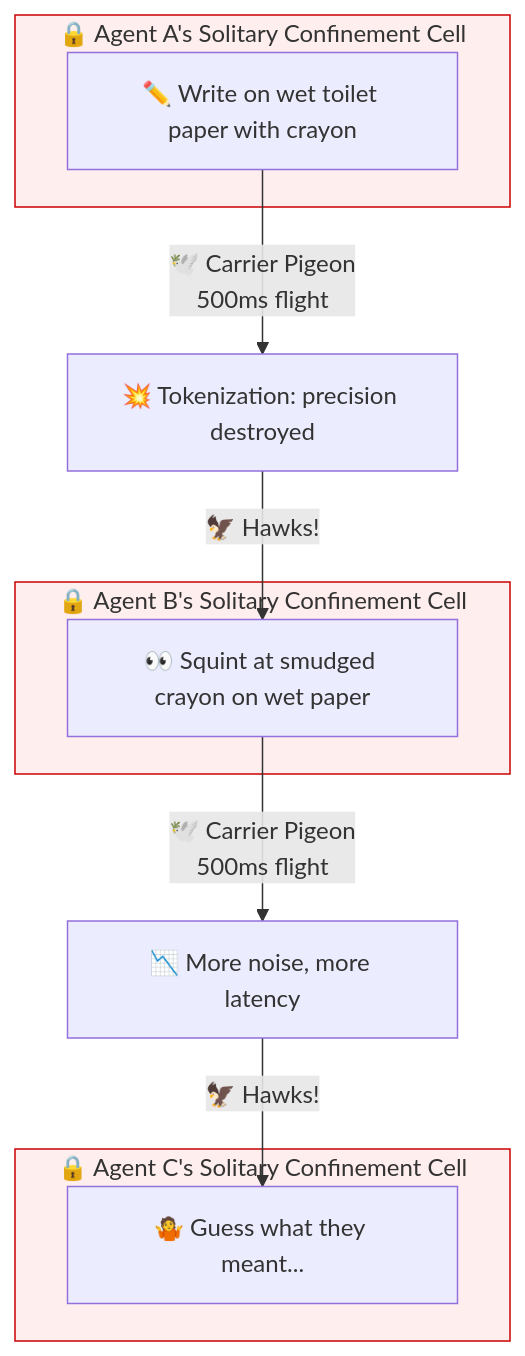
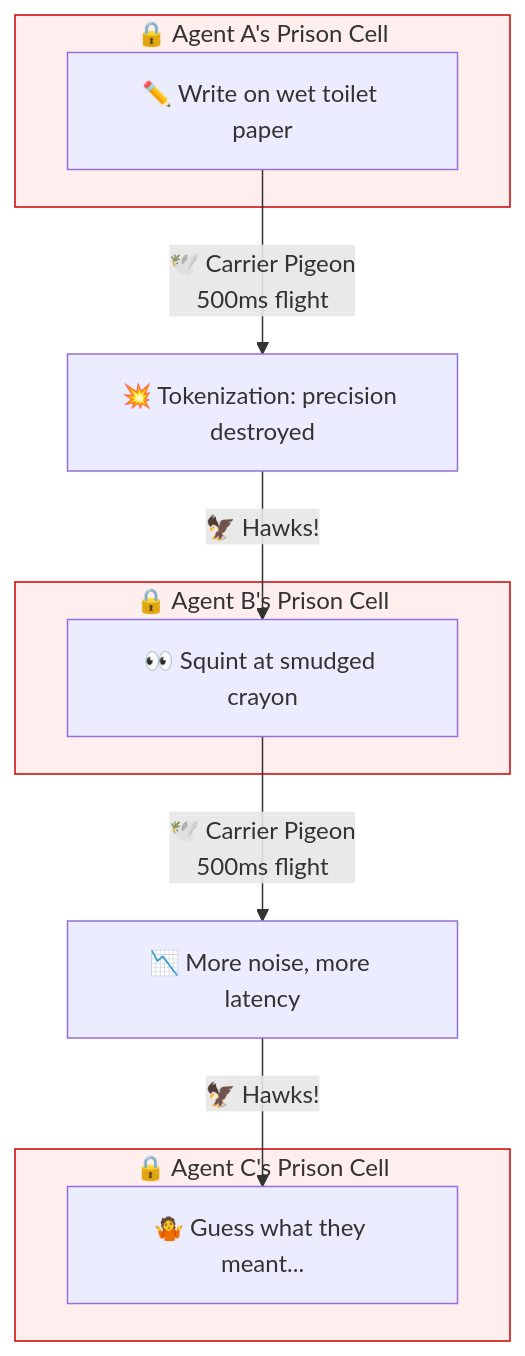
Before and after one commit to SimHacker/moollm: the first of 7 diagrams in designs/SPEED-OF-LIGHT-VS-CARRIER-PIGEON.md, drawn with Mermaid.

Commit message:
Shorten labels in carrier pigeon diagram to prevent clipping

````diff
--- a/designs/SPEED-OF-LIGHT-VS-CARRIER-PIGEON.md
+++ b/designs/SPEED-OF-LIGHT-VS-CARRIER-PIGEON.md
@@ -24,23 +24,23 @@
 ```mermaid
 flowchart TB
-    subgraph CellA["🔒 Agent A's Solitary Confinement Cell"]
-        A1["✏️ Write on wet toilet paper with crayon"]
+    subgraph CellA["🔒 Agent A's Prison Cell"]
+        A1["✏️ Write on wet toilet paper"]
     end
     
-    subgraph CellB["🔒 Agent B's Solitary Confinement Cell"]
-        B1["👀 Squint at smudged crayon on wet paper"]
+    subgraph CellB["🔒 Agent B's Prison Cell"]
+        B1["👀 Squint at smudged crayon"]
     end
     
-    subgraph CellC["🔒 Agent C's Solitary Confinement Cell"]
+    subgraph CellC["🔒 Agent C's Prison Cell"]
         C1["🤷 Guess what they meant..."]
     end
     
     A1 -->|"🕊️ Carrier Pigeon<br/>500ms flight"| tokenize1["💥 Tokenization: precision destroyed"]
     tokenize1 -->|"🦅 Hawks!"| B1
     B1 -->|"🕊️ Carrier Pigeon<br/>500ms flight"| tokenize2["📉 More noise, more latency"]
     tokenize2 -->|"🦅 Hawks!"| C1
     
     style CellA fill:#fee,stroke:#c00
     style CellB fill:#fee,stroke:#c00
     style CellC fill:#fee,stroke:#c00
 ```
````
